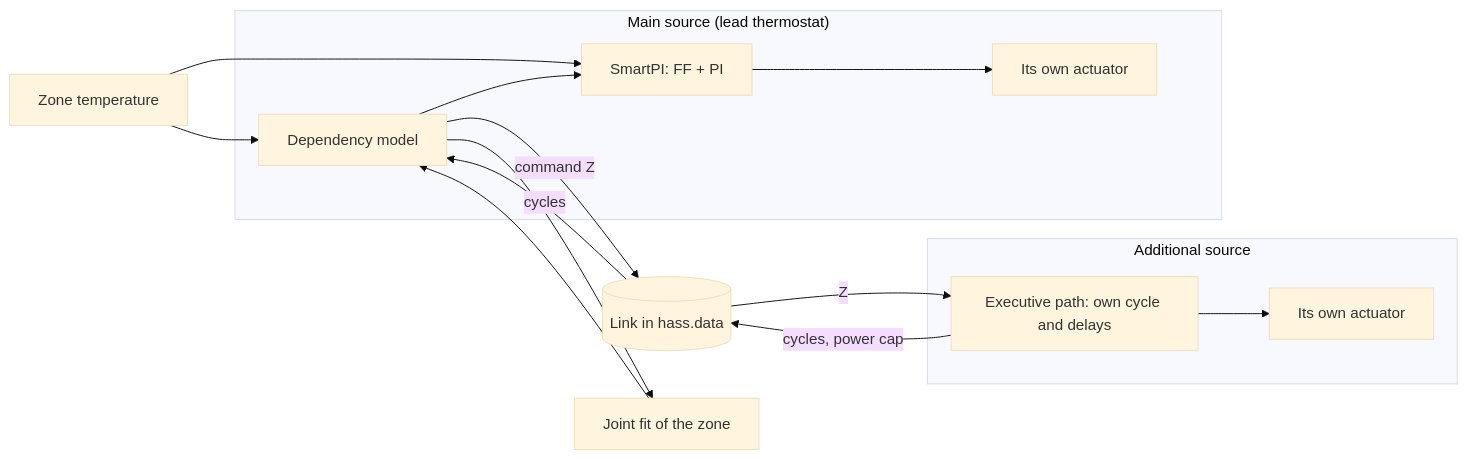
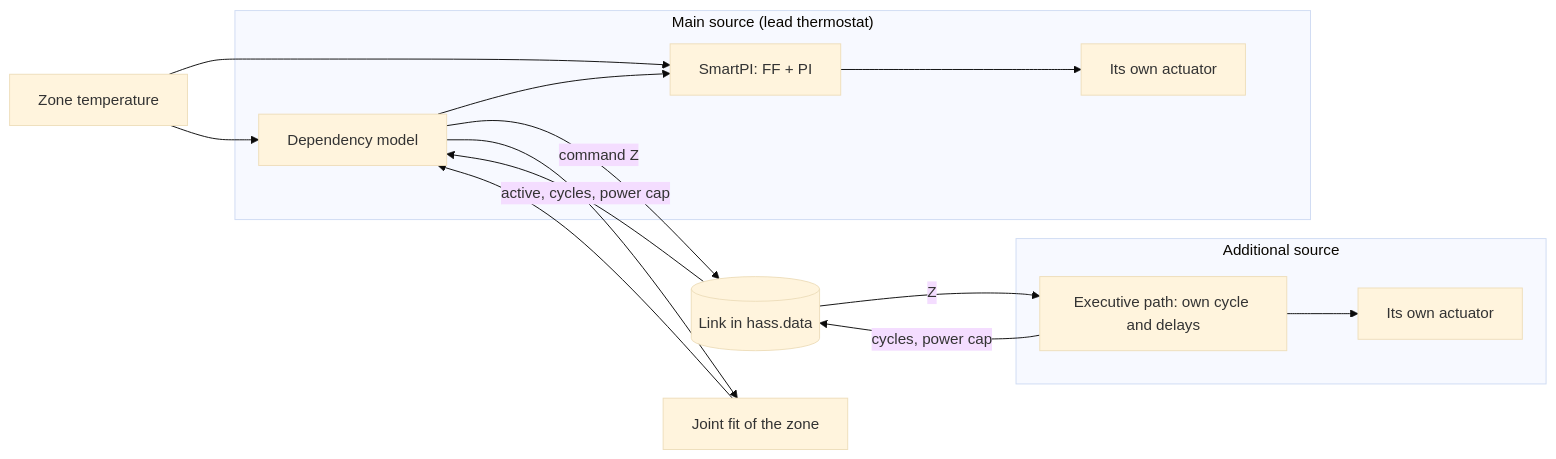
One commit to Shadow-230/vtherm_smartpi changed the fourth of 11 diagrams in documentation/en/zone_dependencies.md. Above: the diagram before and after it, drawn with Mermaid (base theme). The commit also changed other lines of this file and 8 other files, not shown here.

````diff
--- a/documentation/en/zone_dependencies.md
+++ b/documentation/en/zone_dependencies.md
@@ -361,18 +377,18 @@
 ```mermaid
 flowchart LR
     subgraph Main["Main source (lead thermostat)"]
         SP[SmartPI: FF + PI] --> W[Its own actuator]
         DM[Dependency model] --> SP
     end
     subgraph Add["Additional source"]
         EX[Executive path: own cycle and delays] --> F[Its own actuator]
     end
     DM -- "command Z" --> L[(Link in hass.data)]
     L -- "Z" --> EX
     EX -- "cycles, power cap" --> L
-    L -- "cycles" --> DM
+    L -- "active, cycles, power cap" --> DM
     T[Zone temperature] --> SP
     T --> DM
     ZF[Joint fit of the zone] --> DM
     DM --> ZF
 ```
````
